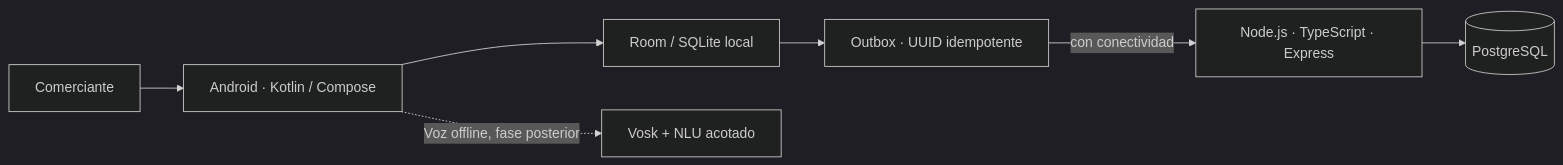
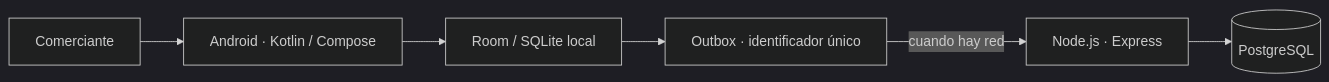
Before and after one commit to bibi567-ch/asistente-ia-mypes-vinto: the diagram in README.md, drawn with Mermaid (dark theme). The commit also changed other lines of this file and 16 other files, not shown here.

````diff
--- a/README.md
+++ b/README.md
@@ -17,9 +21,8 @@
 ```mermaid
 flowchart LR
   U[Comerciante] --> A[Android · Kotlin / Compose]
   A --> L[Room / SQLite local]
-  L --> O[Outbox · UUID idempotente]
-  O -->|con conectividad| API[Node.js · TypeScript · Express]
+  L --> O[Outbox · identificador único]
+  O -->|cuando hay red| API[Node.js · Express]
   API --> PG[(PostgreSQL)]
-  A -. Voz offline, fase posterior .-> V[Vosk + NLU acotado]
 ```
````
